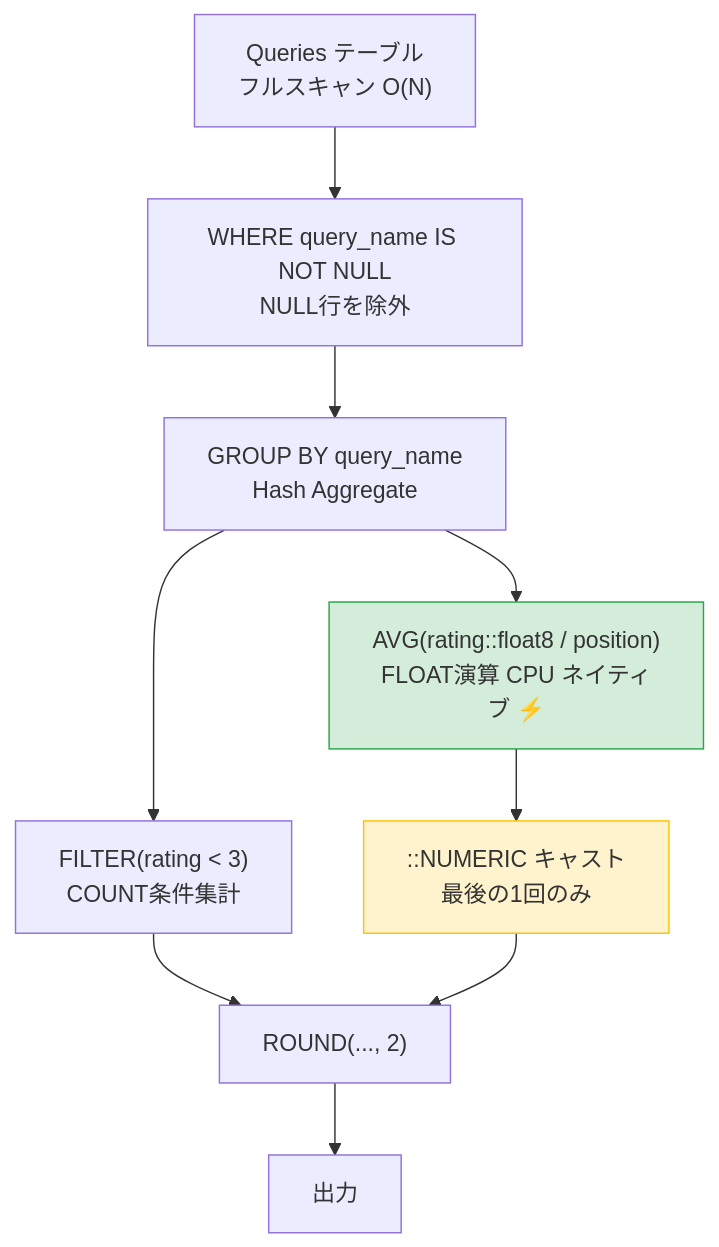
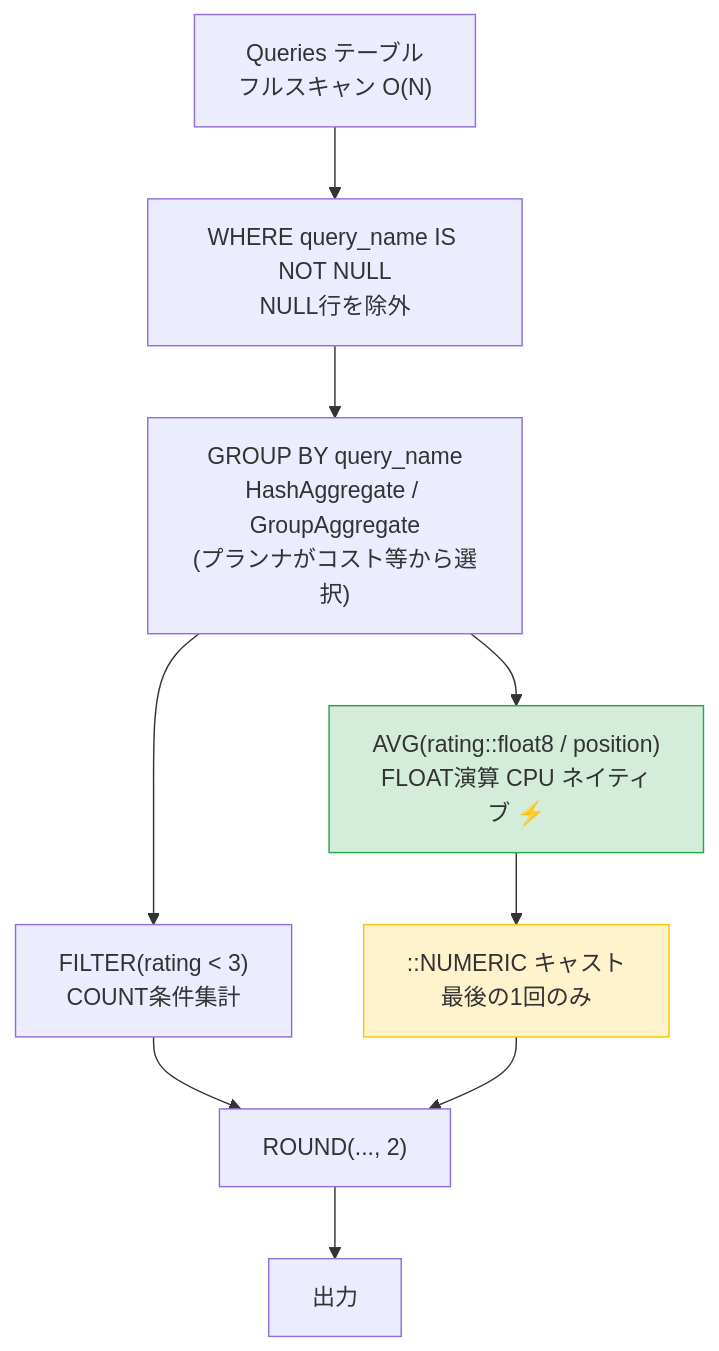
Before and after one commit to myoshi2891/Algorithm-DataStructures-Math-SQL: the second of 2 diagrams in SQL/Leetcode/Basic select/1211. Queries Quality and Percentage/Claude Sonnet 4.6 Extended/Queries_Quality_and_Percentage_postgresql.md, drawn with Mermaid. The commit also changed other lines of this file and 1 other file, not shown here.

Commit message:
Docs: Refine Pandas copy=False/ROUND caveats and PostgreSQL FILTER/HashAgg claims

````diff
--- a/SQL/Leetcode/Basic select/1211. Queries Quality and Percentage/Claude Sonnet 4.6 Extended/Queries_Quality_and_Percentage_postgresql.md
+++ b/SQL/Leetcode/Basic select/1211. Queries Quality and Percentage/Claude Sonnet 4.6 Extended/Queries_Quality_and_Percentage_postgresql.md
@@ -231,22 +231,22 @@
 ```mermaid
 flowchart TD
     A["Queries テーブル<br>フルスキャン O(N)"]
     A_F["WHERE query_name IS NOT NULL<br>NULL行を除外"]
-    B["GROUP BY query_name<br>Hash Aggregate"]
+    B["GROUP BY query_name<br>HashAggregate / GroupAggregate<br>(プランナがコスト等から選択)"]
     C["AVG(rating::float8 / position)<br>FLOAT演算 CPU ネイティブ ⚡"]
     D["FILTER(rating < 3)<br>COUNT条件集計"]
     E["::NUMERIC キャスト<br>最後の1回のみ"]
     F["ROUND(..., 2)"]
     G["出力"]
 
     A --> A_F
     A_F --> B
     B --> C & D
     C --> E
     D --> F
     E --> F
     F --> G
 
     style C fill:#d4edda,stroke:#28a745
     style E fill:#fff3cd,stroke:#ffc107
 ```
````
